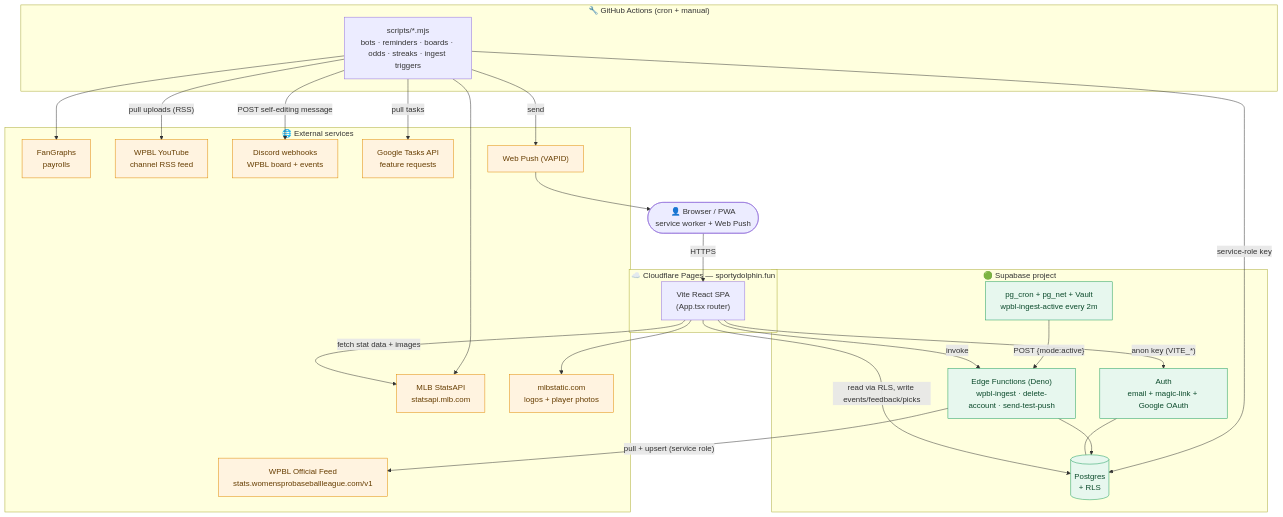
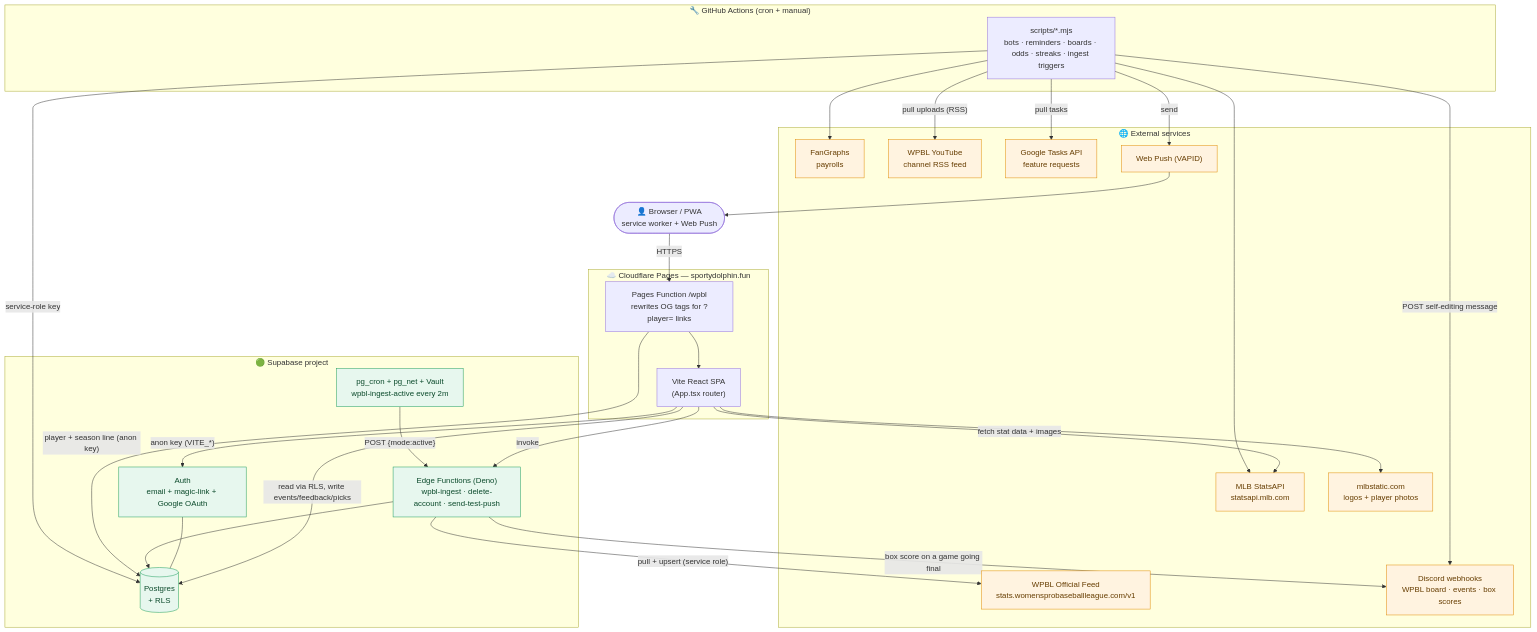
One commit to sportydolphin/fun changed the first of 5 diagrams in ARCHITECTURE.md. Above: the diagram before and after it, drawn with Mermaid. The commit also changed other lines of this file and 8 other files, not shown here.

````diff
--- a/ARCHITECTURE.md
+++ b/ARCHITECTURE.md
@@ -17,57 +17,61 @@
 ```mermaid
 flowchart TB
     user(["👤 Browser / PWA<br/>service worker + Web Push"])
 
     subgraph CF["☁️ Cloudflare Pages — sportydolphin.fun"]
         spa["Vite React SPA<br/>(App.tsx router)"]
+        pagefn["Pages Function /wpbl<br/>rewrites OG tags for ?player= links"]
     end
 
     subgraph SB["🟢 Supabase project"]
         auth["Auth<br/>email + magic-link + Google OAuth"]
         db[("Postgres<br/>+ RLS")]
         edge["Edge Functions (Deno)<br/>wpbl-ingest · delete-account · send-test-push"]
         pgcron["pg_cron + pg_net + Vault<br/>wpbl-ingest-active every 2m"]
     end
 
     subgraph GHA["🔧 GitHub Actions (cron + manual)"]
         scripts["scripts/*.mjs<br/>bots · reminders · boards · odds · streaks · ingest triggers"]
     end
 
     subgraph EXT["🌐 External services"]
         mlbapi["MLB StatsAPI<br/>statsapi.mlb.com"]
         mlbcdn["mlbstatic.com<br/>logos + player photos"]
         fangraphs["FanGraphs<br/>payrolls"]
         wpblfeed["WPBL Official Feed<br/>stats.womensprobaseballleague.com/v1"]
         wpblyt["WPBL YouTube<br/>channel RSS feed"]
-        discord["Discord webhooks<br/>WPBL board + events"]
+        discord["Discord webhooks<br/>WPBL board · events · box scores"]
         gtasks["Google Tasks API<br/>feature requests"]
         push["Web Push (VAPID)"]
     end
 
-    user -->|HTTPS| spa
+    user -->|HTTPS| pagefn
+    pagefn --> spa
     spa -->|"anon key (VITE_*)"| auth
     spa -->|"read via RLS, write events/feedback/picks"| db
     spa -->|"invoke"| edge
     spa -->|"fetch stat data + images"| mlbapi
     spa --> mlbcdn
 
     auth --- db
 
     pgcron -->|"POST {mode:active}"| edge
     edge -->|"pull + upsert (service role)"| wpblfeed
     edge --> db
+    edge -->|"box score on a game going final"| discord
+    pagefn -->|"player + season line (anon key)"| db
 
     scripts -->|"service-role key"| db
     scripts --> mlbapi
     scripts --> fangraphs
     scripts -->|"POST self-editing message"| discord
     scripts -->|"pull uploads (RSS)"| wpblyt
     scripts -->|"pull tasks"| gtasks
     scripts -->|"send"| push
     push --> user
 
     classDef ext fill:#fff3e0,stroke:#e08a00,color:#663d00;
     classDef sb fill:#e7f7ee,stroke:#1a9c5b,color:#0b4a2b;
     class mlbapi,mlbcdn,fangraphs,wpblfeed,wpblyt,discord,gtasks,push ext;
     class auth,db,edge,pgcron sb;
 ```
````
